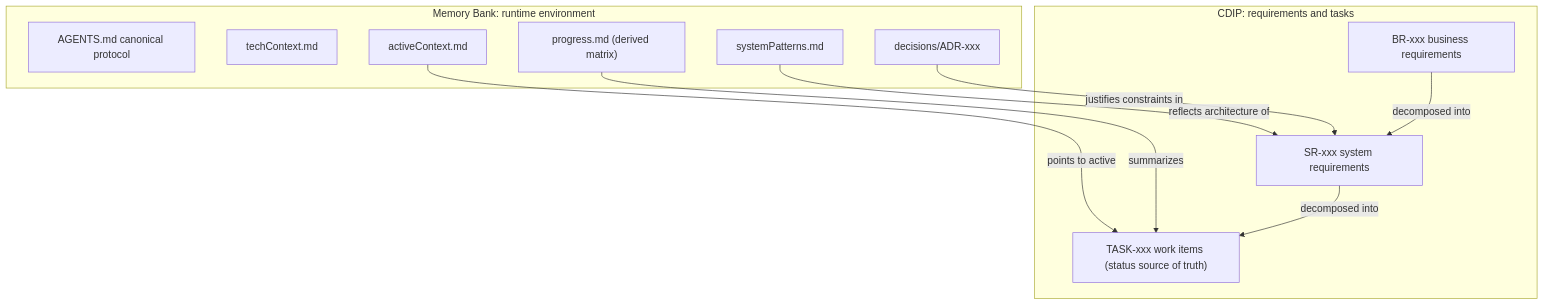
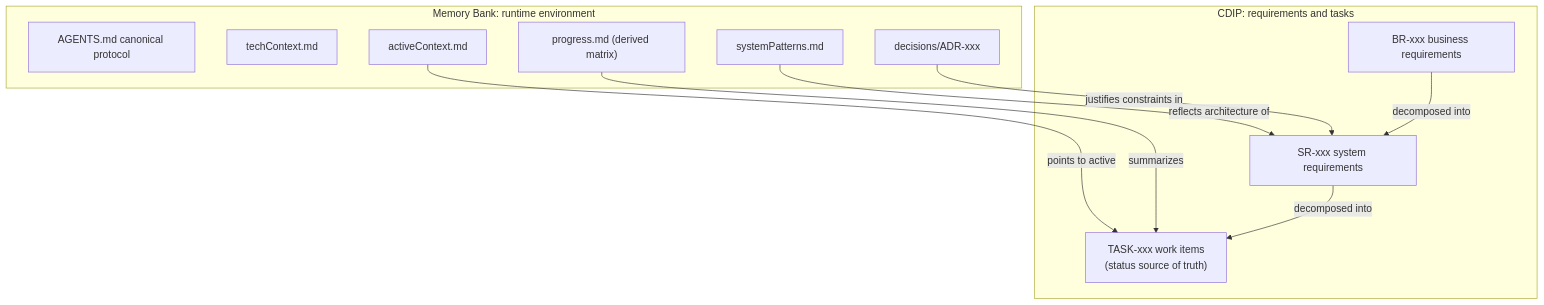
The diagram in MemBankRulesWithCDIP.md (AlexDubel/AIMemBankAndCDIP-tmpl), drawn with Mermaid before and after one commit. The commit also changed 5 other files, not shown here.

Commit message:
Update READMEs and specifications: add flags, wrap Mermaid diagrams, expand documentation

````diff
--- a/MemBankRulesWithCDIP.md
+++ b/MemBankRulesWithCDIP.md
@@ -114,24 +114,24 @@
 ```mermaid
 flowchart TD
     subgraph MB["Memory Bank: runtime environment"]
         AG["AGENTS.md canonical protocol"]
         TECH["techContext.md"]
         SYS["systemPatterns.md"]
         ACT["activeContext.md"]
         PROG["progress.md (derived matrix)"]
         ADR["decisions/ADR-xxx"]
     end
 
     subgraph CD["CDIP: requirements and tasks"]
         BR["BR-xxx business requirements"]
         SR["SR-xxx system requirements"]
-        TASK["TASK-xxx work items (status source of truth)"]
+        TASK["TASK-xxx work items<br/>(status source of truth)"]
     end
 
     ACT -->|"points to active"| TASK
     PROG -->|"summarizes"| TASK
     SYS -->|"reflects architecture of"| SR
     ADR -->|"justifies constraints in"| SR
     BR -->|"decomposed into"| SR
     SR -->|"decomposed into"| TASK
 ```
````
